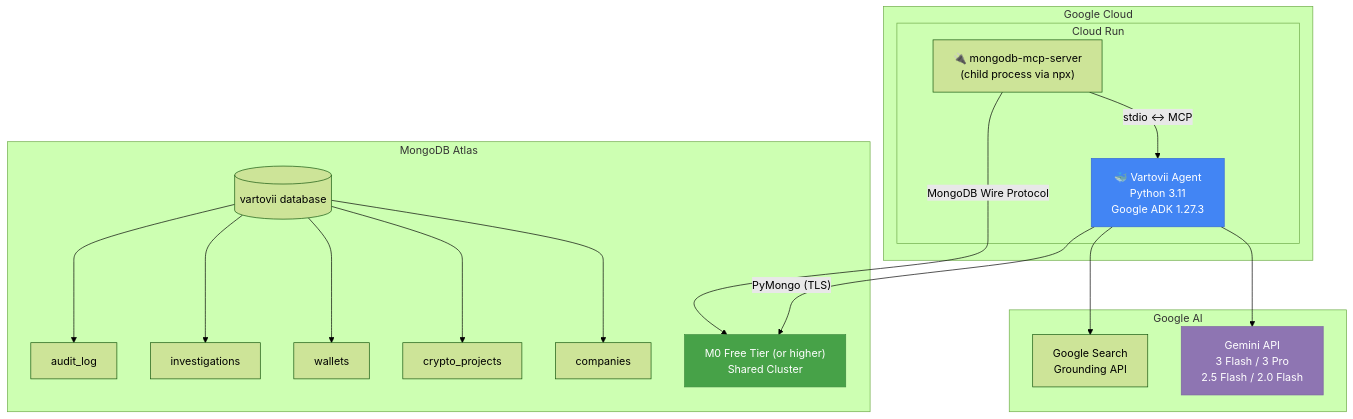
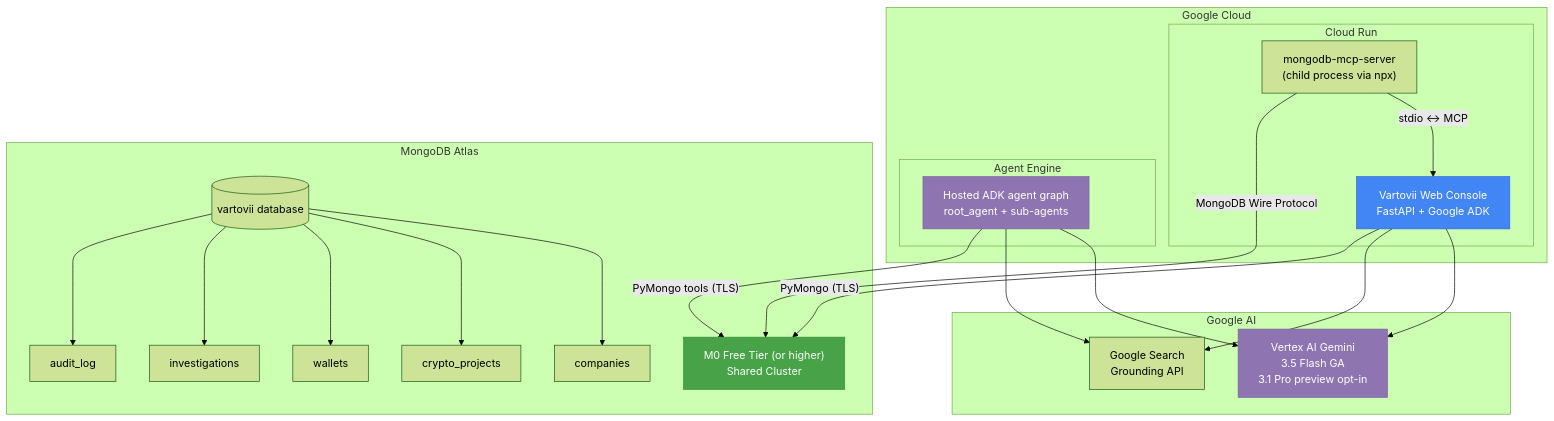
The ninth of 10 diagrams in ARCHITECTURE.md (Vetassikc/vartovii-trust-agent), drawn with Mermaid (forest theme) before and after one commit. The commit also changed other lines of this file and 25 other files, not shown here.

````diff
--- a/ARCHITECTURE.md
+++ b/ARCHITECTURE.md
@@ -604,34 +620,41 @@
 ```mermaid
 graph TB
     subgraph "Google Cloud"
         subgraph "Cloud Run"
-            Container["🐳 Vartovii Agent<br/>Python 3.11<br/>Google ADK 1.27.3"]
-            MCP_Proc["🔌 mongodb-mcp-server<br/>(child process via npx)"]
+            Container["Vartovii Web Console<br/>FastAPI + Google ADK"]
+            MCP_Proc["mongodb-mcp-server<br/>(child process via npx)"]
+        end
+        subgraph "Agent Engine"
+            AgentRuntime["Hosted ADK agent graph<br/>root_agent + sub-agents"]
         end
     end
 
     subgraph "MongoDB Atlas"
         Cluster["M0 Free Tier (or higher)<br/>Shared Cluster"]
         DB1[("vartovii database")]
         DB1 --> C1["companies"]
         DB1 --> C2["crypto_projects"]
         DB1 --> C3["wallets"]
         DB1 --> C4["investigations"]
         DB1 --> C5["audit_log"]
     end
 
     subgraph "Google AI"
-        Gemini["Gemini API<br/>3 Flash / 3 Pro<br/>2.5 Flash / 2.0 Flash"]
+        Gemini["Vertex AI Gemini<br/>3.5 Flash GA<br/>3.1 Pro preview opt-in"]
         Search["Google Search<br/>Grounding API"]
     end
 
     Container --> Gemini
+    AgentRuntime --> Gemini
     Container --> Search
+    AgentRuntime --> Search
     Container -->|"PyMongo (TLS)"| Cluster
+    AgentRuntime -->|"PyMongo tools (TLS)"| Cluster
     MCP_Proc -->|"stdio ↔ MCP"| Container
     MCP_Proc -->|"MongoDB Wire Protocol"| Cluster
 
     style Container fill:#4285F4,stroke:#3367D6,color:#fff
+    style AgentRuntime fill:#8E75B2,stroke:#7B62A0,color:#fff
     style Cluster fill:#47A248,stroke:#3d8b3d,color:#fff
     style Gemini fill:#8E75B2,stroke:#7B62A0,color:#fff
 ```
````
